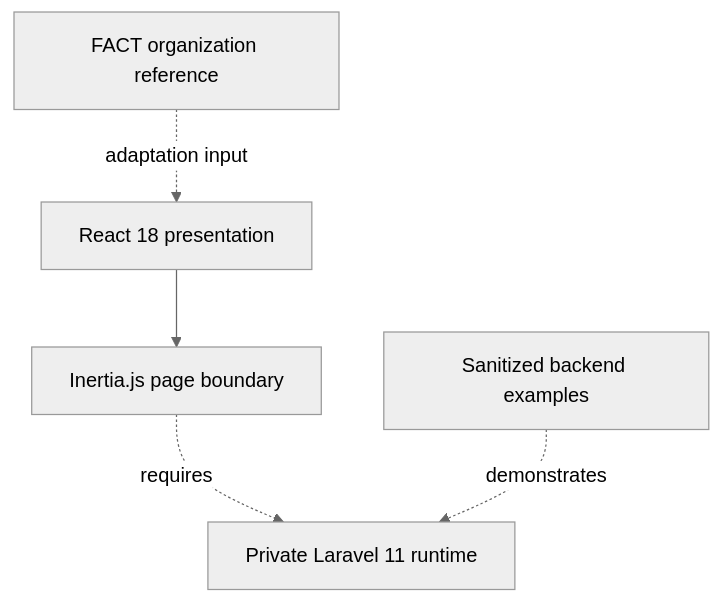
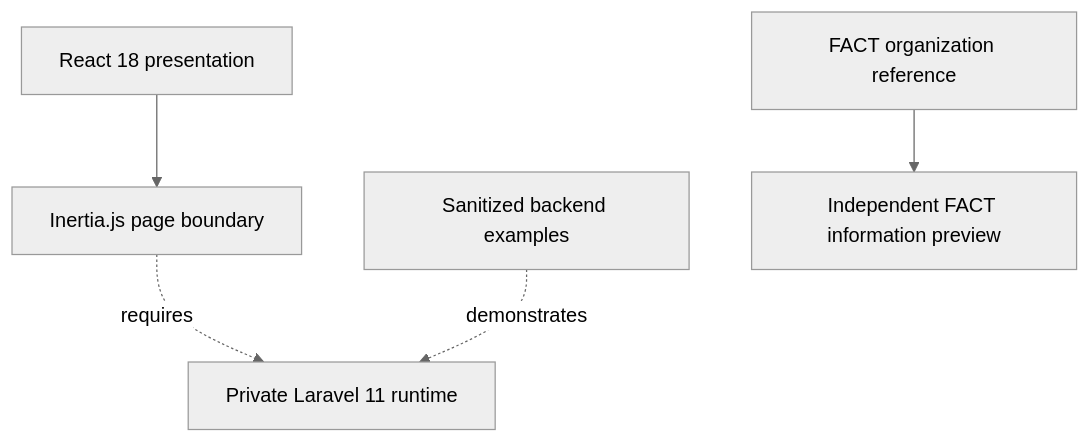
Before and after one commit to ibamzjr/Fact-Indonesia: the second of 2 diagrams in README.md, drawn with Mermaid (neutral theme). The commit also changed other lines of this file and 11 other files, not shown here.

Commit message:
docs(fact): finalize the verified preview and publication guide

````diff
--- a/README.md
+++ b/README.md
@@ -122,13 +152,14 @@
 ```mermaid
 flowchart TB
     React[React 18 presentation]
     Inertia[Inertia.js page boundary]
     Laravel[Private Laravel 11 runtime]
     Examples[Sanitized backend examples]
     Reference[FACT organization reference]
+    Preview[Independent FACT information preview]
 
     React --> Inertia
     Inertia -. requires .-> Laravel
     Examples -. demonstrates .-> Laravel
-    Reference -. adaptation input .-> React
+    Reference --> Preview
 ```
````
